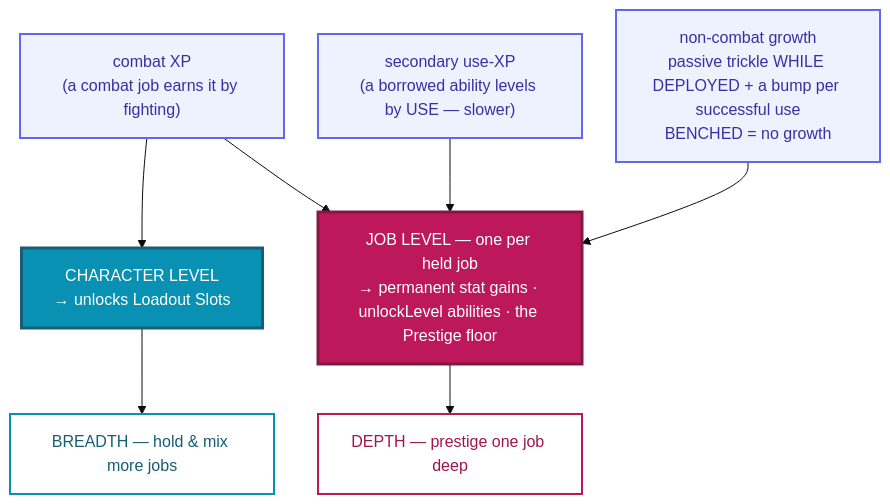
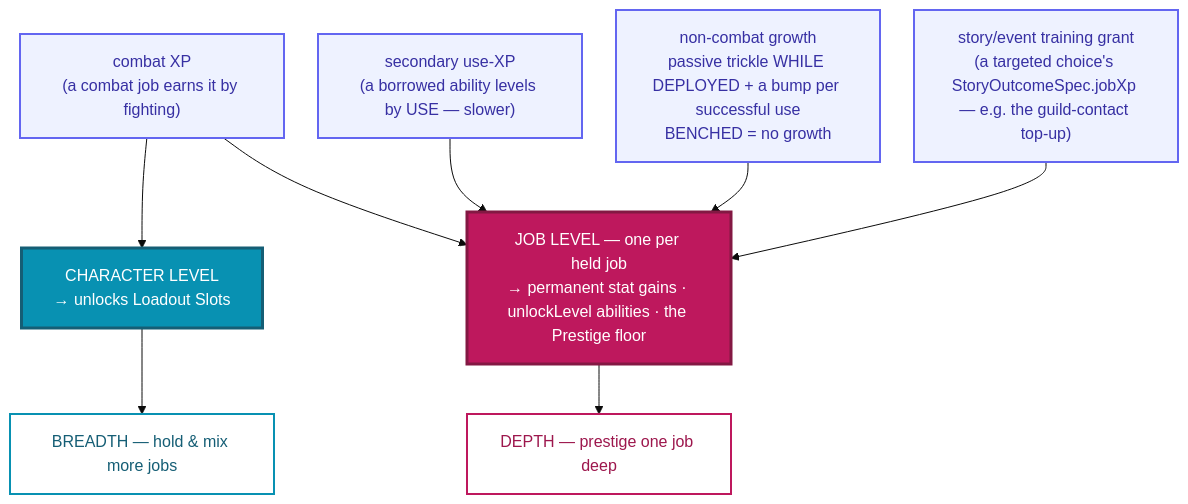
One commit to goplemms/campfire-tactics changed the diagram in docs/design/atlas/jobs/07-leveling.md. Above: the diagram before and after it, drawn with Mermaid. The commit also changed other lines of this file and 2 other files, not shown here.

First line of the commit message:
docs(atlas): sync jobs/04-prestige + jobs/07-leveling with D92's Thief two-beat + job-XP route

````diff
--- a/docs/design/atlas/jobs/07-leveling.md
+++ b/docs/design/atlas/jobs/07-leveling.md
@@ -7,26 +7,28 @@
 ```mermaid
 %%{init: {'theme':'base','themeVariables':{'fontSize':'16px','fontFamily':'ui-sans-serif, system-ui, sans-serif'},'flowchart':{'nodeSpacing':34,'rankSpacing':50,'padding':16}}}%%
 flowchart TB
   COMBATXP["combat XP<br/>(a combat job earns it by fighting)"]:::src
   USEXP["secondary use-XP<br/>(a borrowed ability levels by USE — slower)"]:::src
   NCXP["non-combat growth<br/>passive trickle WHILE DEPLOYED + a bump per successful use<br/>BENCHED = no growth"]:::src
+  STORYXP["story/event training grant<br/>(a targeted choice's StoryOutcomeSpec.jobXp — e.g. the guild-contact top-up)"]:::src
 
   CHARLVL["CHARACTER LEVEL<br/>→ unlocks Loadout Slots"]:::char
   JOBLVL["JOB LEVEL — one per held job<br/>→ permanent stat gains · unlockLevel abilities · the Prestige floor"]:::job
 
   BREADTH["BREADTH — hold &amp; mix more jobs"]:::breadth
   DEPTH["DEPTH — prestige one job deep"]:::depth
 
   COMBATXP --> CHARLVL
   COMBATXP --> JOBLVL
   USEXP --> JOBLVL
   NCXP --> JOBLVL
+  STORYXP --> JOBLVL
   CHARLVL --> BREADTH
   JOBLVL --> DEPTH
 
   classDef src fill:#EEF2FF,color:#3730A3,stroke:#6366F1,stroke-width:2px
   classDef char fill:#0891B2,color:#ffffff,stroke:#155E75,stroke-width:3px
   classDef job fill:#BE185D,color:#ffffff,stroke:#831843,stroke-width:3px
   classDef breadth fill:#ffffff,color:#155E75,stroke:#0891B2,stroke-width:2px
   classDef depth fill:#ffffff,color:#9D174D,stroke:#BE185D,stroke-width:2px
 ```
````
